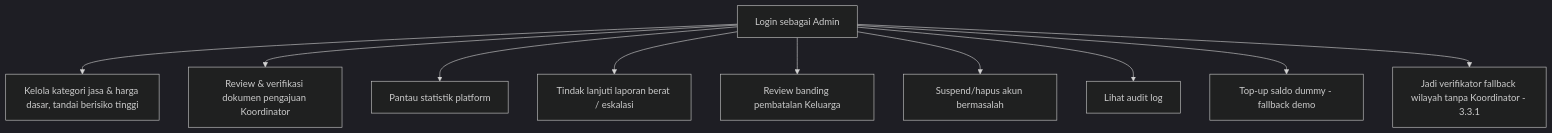
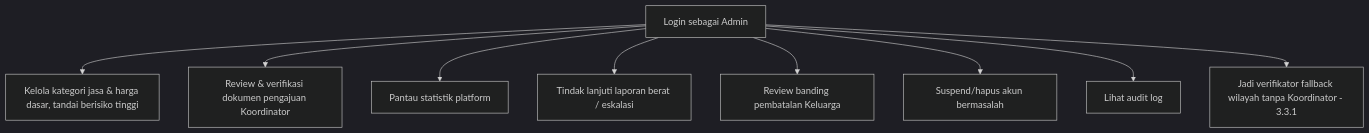
The fourth of 6 diagrams in docs/TDD_Rangkul.md (Elnathz/rangkul), drawn with Mermaid (dark theme) before and after one commit. The commit also changed other lines of this file and 5 other files, not shown here.

First line of the commit message:
feat(payment): hapus fallback demo ledger dan tambah idempotency refund

````diff
--- a/docs/TDD_Rangkul.md
+++ b/docs/TDD_Rangkul.md
@@ -646,12 +644,12 @@
 ```mermaid
 flowchart TD
     A[Login sebagai Admin] --> B[Kelola kategori jasa & harga dasar, tandai berisiko tinggi]
     A --> C[Review & verifikasi dokumen pengajuan Koordinator]
     A --> D[Pantau statistik platform]
     A --> E[Tindak lanjuti laporan berat / eskalasi]
     A --> F[Review banding pembatalan Keluarga]
     A --> G[Suspend/hapus akun bermasalah]
     A --> H[Lihat audit log]
-    A --> I[Top-up saldo dummy - fallback demo]
+
     A --> J[Jadi verifikator fallback wilayah tanpa Koordinator - 3.3.1]
 ```
````
